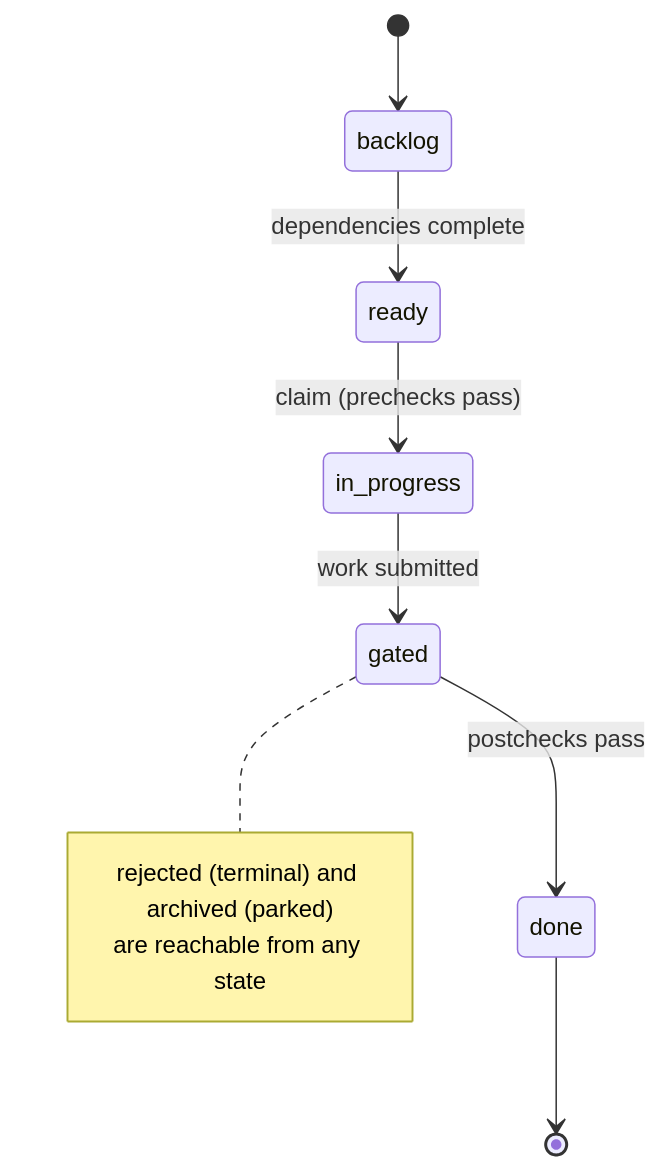
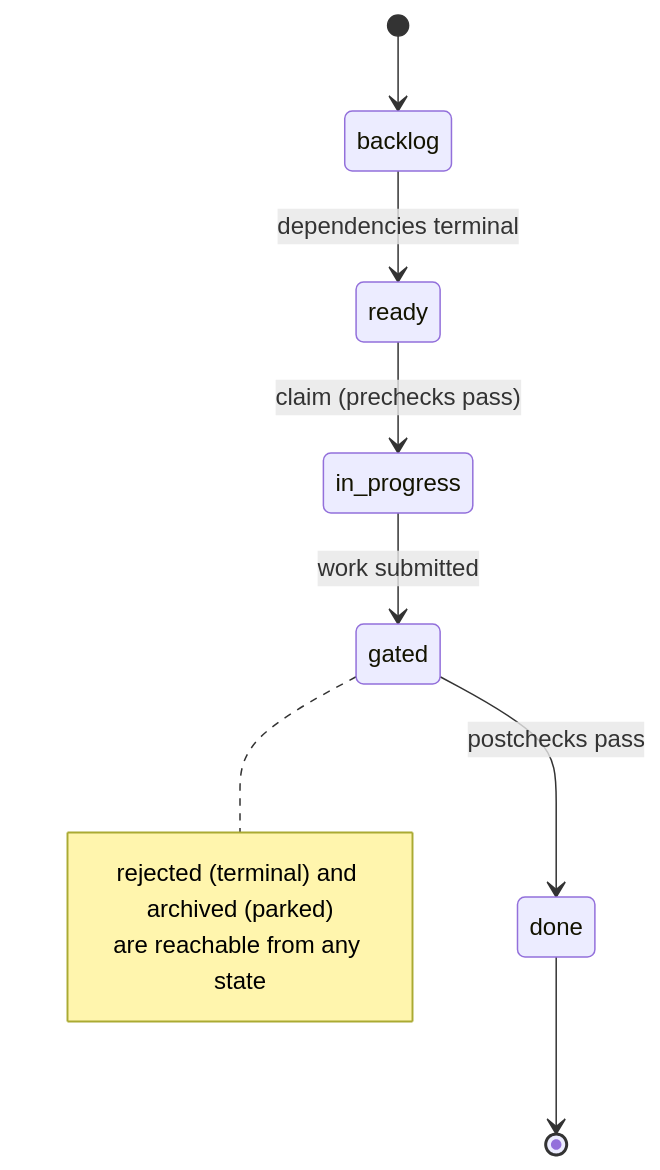
One commit to erankavija/just-in-time changed the diagram in README.md. Above: the diagram before and after it, drawn with Mermaid. The commit also changed other lines of this file and 10 other files, not shown here.

First line of the commit message:
fix(jit:69ffdcf8): sweep stale done/complete wording for the terminal-state rule

````diff
--- a/README.md
+++ b/README.md
@@ -98,13 +98,13 @@
 ```mermaid
 stateDiagram-v2
     [*] --> backlog
-    backlog --> ready: dependencies complete
+    backlog --> ready: dependencies terminal
     ready --> in_progress: claim (prechecks pass)
     in_progress --> gated: work submitted
     gated --> done: postchecks pass
     done --> [*]
     note right of gated
         rejected (terminal) and archived (parked)
         are reachable from any state
     end note
 ```
````
